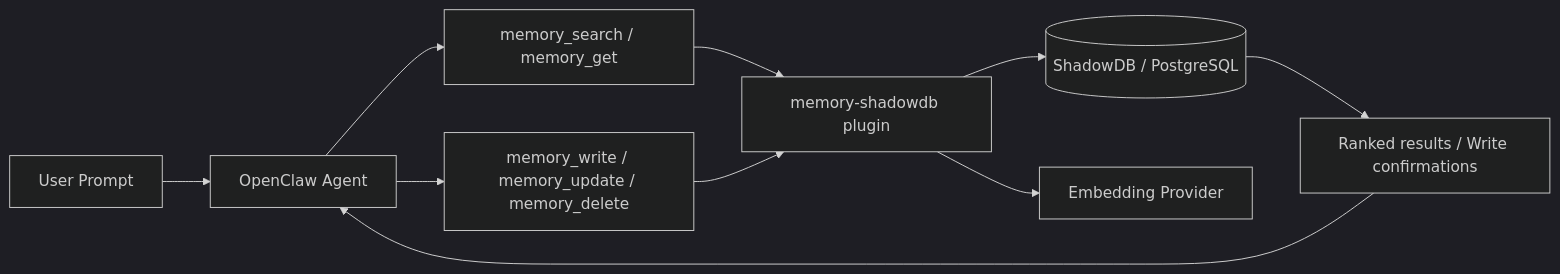
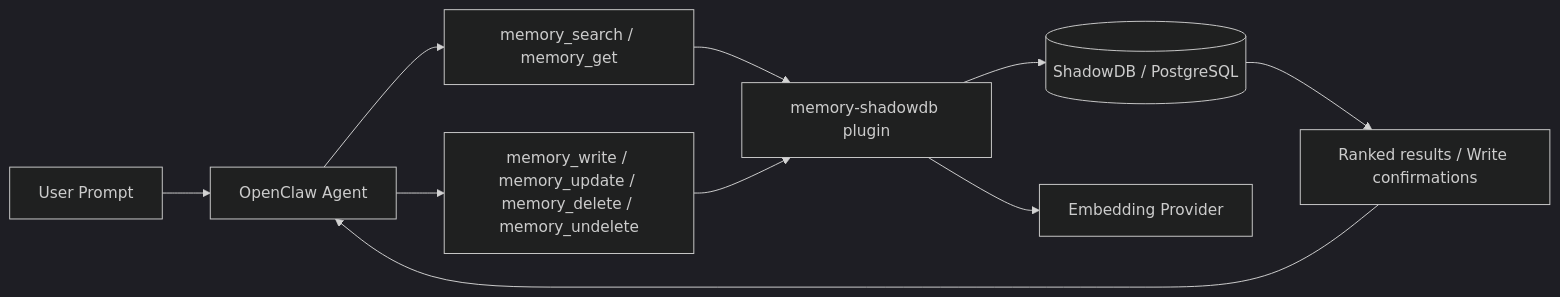
Before and after one commit to jamesdwilson/Sh4d0wDB: the first of 3 diagrams in README.md, drawn with Mermaid (dark theme). The commit also changed other lines of this file and 6 other files, not shown here.

````diff
--- a/README.md
+++ b/README.md
@@ -88,12 +89,12 @@
 ```mermaid
 flowchart LR
     U[User Prompt] --> A[OpenClaw Agent]
     A --> TR[memory_search / memory_get]
-    A --> TW[memory_write / memory_update / memory_delete]
+    A --> TW[memory_write / memory_update / memory_delete / memory_undelete]
     TR --> P[memory-shadowdb plugin]
     TW --> P
     P --> D[(ShadowDB / PostgreSQL)]
     P --> E[Embedding Provider]
     D --> R[Ranked results / Write confirmations]
     R --> A
 ```
````
